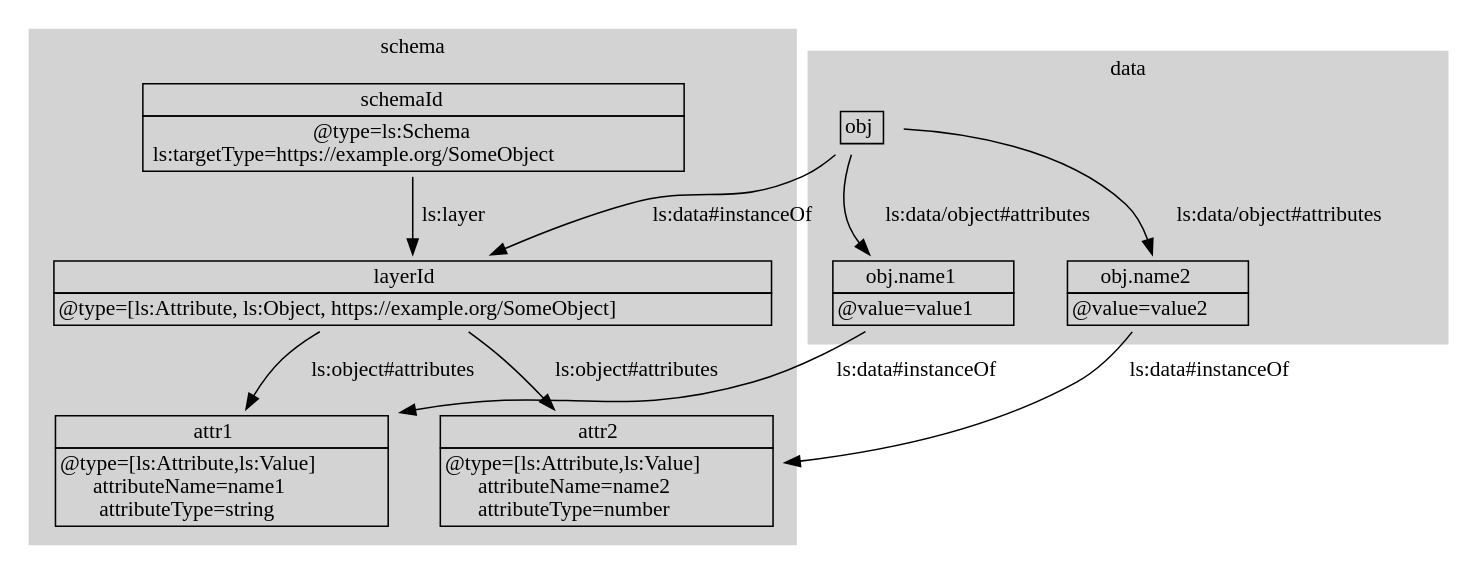
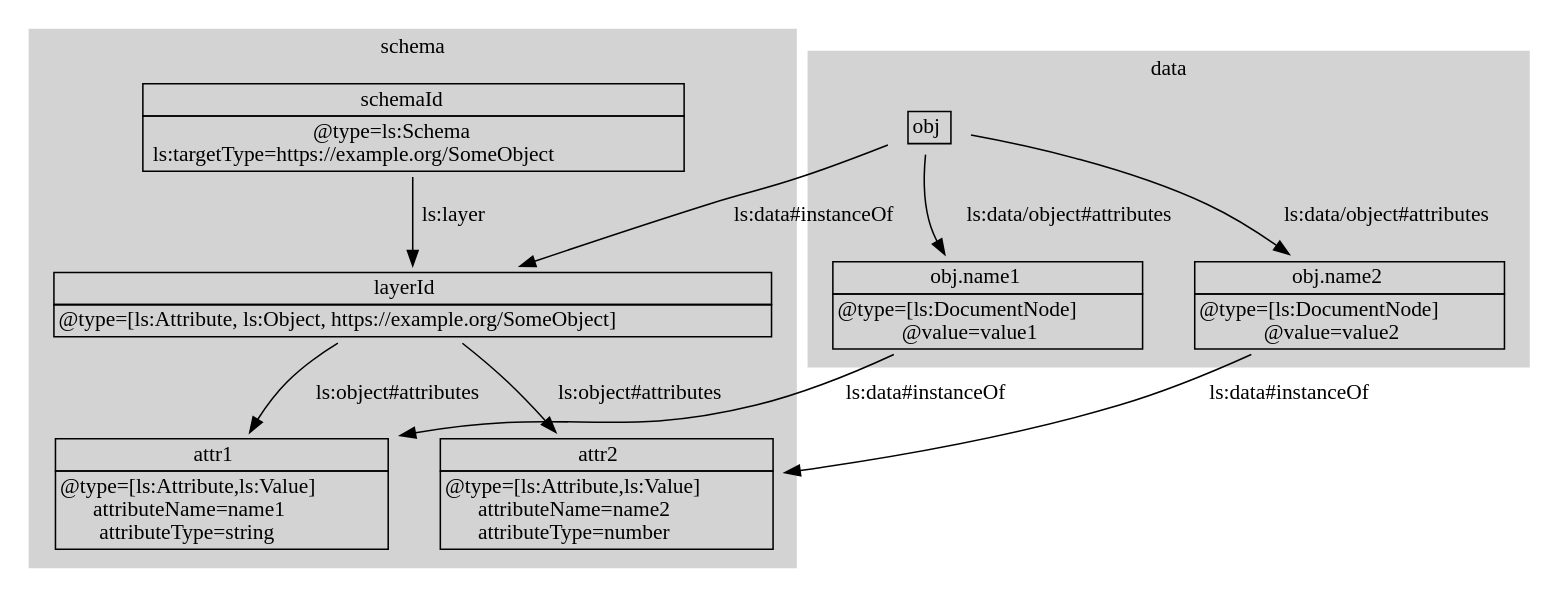
The diagram in imgs/composed-ingested-minimal-schema.dot (cloudprivacylabs/lsa-spec), drawn with Graphviz before and after one commit. The commit also changed 1 other file, not shown here.

Commit message:
Add document type to img

```diff
--- a/imgs/composed-ingested-minimal-schema.dot
+++ b/imgs/composed-ingested-minimal-schema.dot
@@ -1,74 +1,77 @@
 digraph g {
   node[color="black",fontcolor="black",shape="plaintext"];
 
   subgraph cluster_0 {
   label="schema";
   style="filled";
   color="lightgrey";
 
   node[color="black",fontcolor="black",shape="plaintext"];
   edge[color="black",fontcolor="black"];
 
   schemaRoot [ label=<
   <table border="0" cellborder="1" cellspacing="0">
   <tr><td>schemaId</td></tr>
   <tr><td>@type=ls:Schema<br/>
   ls:targetType=https://example.org/SomeObject</td></tr>
   </table>>];
   
   layerRoot [ label=<
   <table border="0" cellborder="1" cellspacing="0">
   <tr><td>layerId</td></tr>
   <tr><td>@type=[ls:Attribute, ls:Object, https://example.org/SomeObject]</td></tr>
   </table>>];
 
   attribute1 [ label=<
   <table border="0" cellborder="1" cellspacing="0">
   <tr><td>attr1</td></tr>
   <tr><td>@type=[ls:Attribute,ls:Value]<br/>
   attributeName=name1<br/>
   attributeType=string </td></tr>
   </table>>];
   attribute2 [ label=<
   <table border="0" cellborder="1" cellspacing="0">
   <tr><td>attr2</td></tr>
   <tr><td>@type=[ls:Attribute,ls:Value]<br/>
   attributeName=name2<br/>
   attributeType=number</td></tr>
   </table>>];
 
   schemaRoot -> layerRoot [ label="ls:layer"];
   layerRoot -> attribute1 [  label="ls:object#attributes"];
   layerRoot -> attribute2 [  label="ls:object#attributes"];
 
   }
 
   subgraph cluster_1{
   label="data";
   style="filled";
   color="lightgrey";
 
    obj [label=<
    <table border="0" cellborder="1" cellspacing="0">
    <tr><td>obj</td></tr>
    </table>>];
    
    a1 [label=<
    <table border="0" cellborder="1" cellspacing="0">
    <tr><td>obj.name1</td></tr>
-   <tr><td>@value=value1</td></tr>
+   <tr><td>@type=[ls:DocumentNode]<br/>
+   @value=value1</td></tr>
    </table>>];
+   
    a2[label=<
    <table border="0" cellborder="1" cellspacing="0">
    <tr><td>obj.name2</td></tr>
-   <tr><td>@value=value2</td></tr>
+   <tr><td>@type=[ls:DocumentNode]<br/>
+   @value=value2</td></tr>
    </table>>];
 
-   obj -> a1 [label="ls:data/object#attributes"];
-   obj -> a2 [label="ls:data/object#attributes"];
+   obj -> a1 [ label="ls:data/object#attributes"];
+   obj -> a2 [ label="ls:data/object#attributes"];
 
-   obj -> layerRoot [label="ls:data#instanceOf"];
-   a1 -> attribute1 [label="ls:data#instanceOf"];
-   a2 -> attribute2 [label="ls:data#instanceOf"];
+   obj -> layerRoot [ label="ls:data#instanceOf"];
+   a1 -> attribute1 [  label="ls:data#instanceOf"];
+   a2 -> attribute2 [ label="ls:data#instanceOf"];
   }
 }
```
